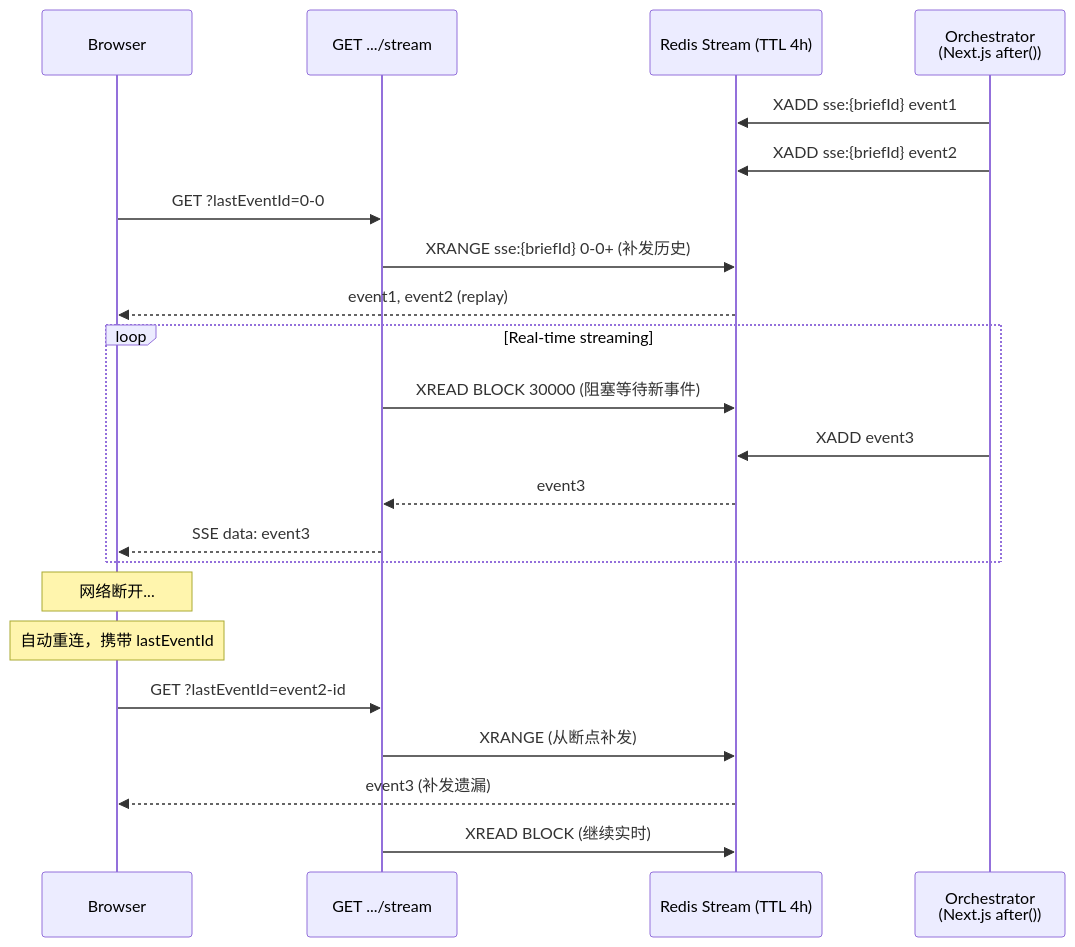
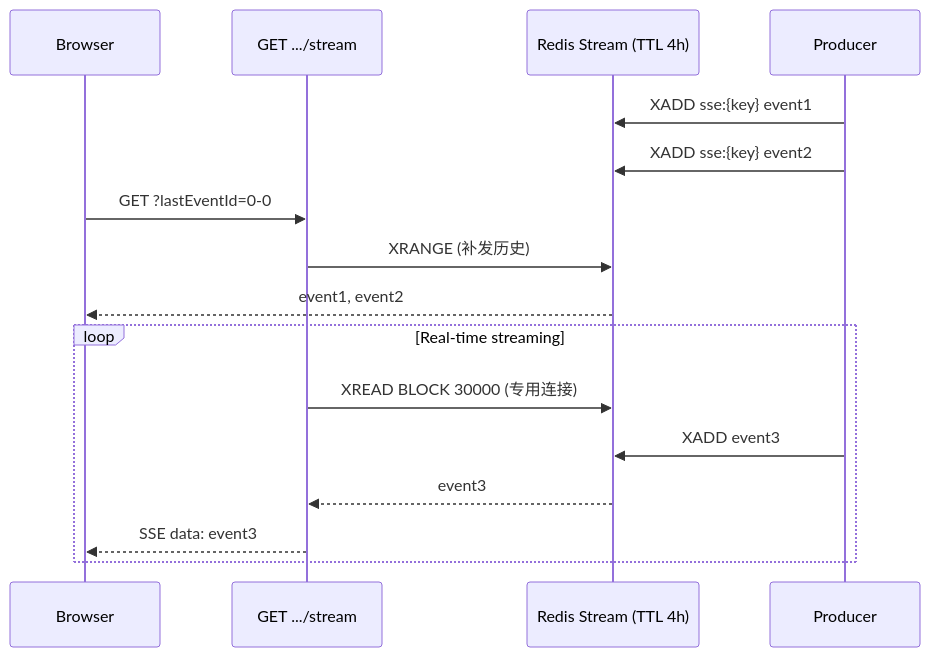
The fourth of 12 diagrams in README.md (Sciiaok/xuqiu-bot), drawn with Mermaid before and after one commit. The commit also changed other lines of this file and 172 other files, not shown here.

````diff
--- a/README.md
+++ b/README.md
@@ -322,29 +365,21 @@
 ```mermaid
 sequenceDiagram
     participant B as Browser
     participant Stream as GET .../stream
     participant Redis as Redis Stream (TTL 4h)
-    participant Worker as Orchestrator<br/>(Next.js after())
+    participant Worker as Producer
 
-    Worker->>Redis: XADD sse:{briefId} event1
-    Worker->>Redis: XADD sse:{briefId} event2
+    Worker->>Redis: XADD sse:{key} event1
+    Worker->>Redis: XADD sse:{key} event2
 
     B->>Stream: GET ?lastEventId=0-0
-    Stream->>Redis: XRANGE sse:{briefId} 0-0+ (补发历史)
-    Redis-->>B: event1, event2 (replay)
+    Stream->>Redis: XRANGE (补发历史)
+    Redis-->>B: event1, event2
 
     loop Real-time streaming
-        Stream->>Redis: XREAD BLOCK 30000 (阻塞等待新事件)
+        Stream->>Redis: XREAD BLOCK 30000 (专用连接)
         Worker->>Redis: XADD event3
         Redis-->>Stream: event3
         Stream-->>B: SSE data: event3
     end
-
-    Note over B: 网络断开...
-    Note over B: 自动重连，携带 lastEventId
-
-    B->>Stream: GET ?lastEventId=event2-id
-    Stream->>Redis: XRANGE (从断点补发)
-    Redis-->>B: event3 (补发遗漏)
-    Stream->>Redis: XREAD BLOCK (继续实时)
 ```
````
